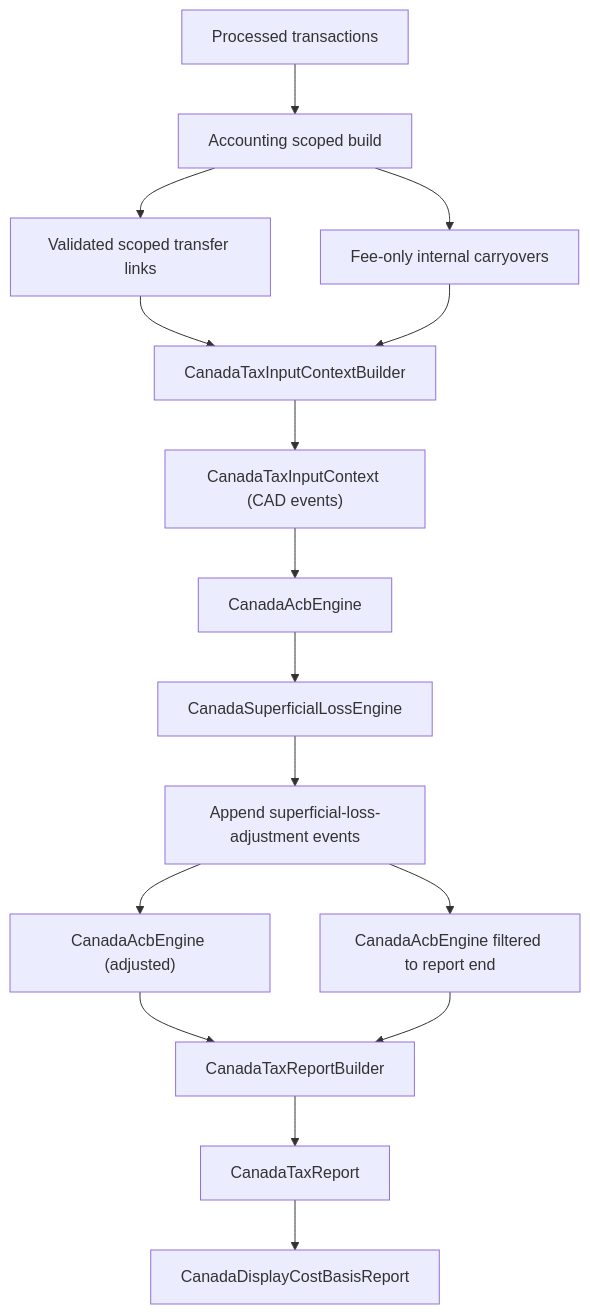
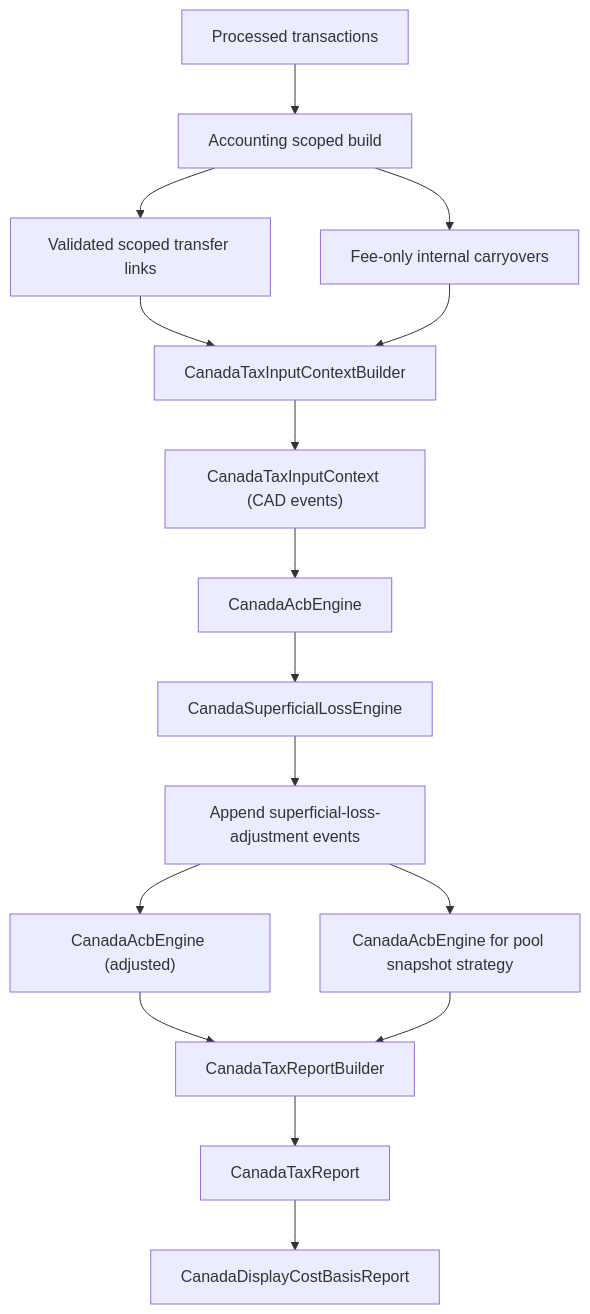
The diagram in docs/specs/average-cost-basis.md (jbelanger/exitbook), drawn with Mermaid before and after one commit. The commit also changed other lines of this file and 22 other files, not shown here.

````diff
--- a/docs/specs/average-cost-basis.md
+++ b/docs/specs/average-cost-basis.md
@@ -491,18 +543,18 @@
 ```mermaid
 graph TD
     A["Processed transactions"] --> B["Accounting scoped build"]
     B --> C["Validated scoped transfer links"]
     B --> D["Fee-only internal carryovers"]
     C --> E["CanadaTaxInputContextBuilder"]
     D --> E
     E --> F["CanadaTaxInputContext (CAD events)"]
     F --> G["CanadaAcbEngine"]
     G --> H["CanadaSuperficialLossEngine"]
     H --> I["Append superficial-loss-adjustment events"]
     I --> J["CanadaAcbEngine (adjusted)"]
-    I --> K["CanadaAcbEngine filtered to report end"]
+    I --> K["CanadaAcbEngine for pool snapshot strategy"]
     J --> L["CanadaTaxReportBuilder"]
     K --> L
     L --> M["CanadaTaxReport"]
     M --> N["CanadaDisplayCostBasisReport"]
 ```
````
